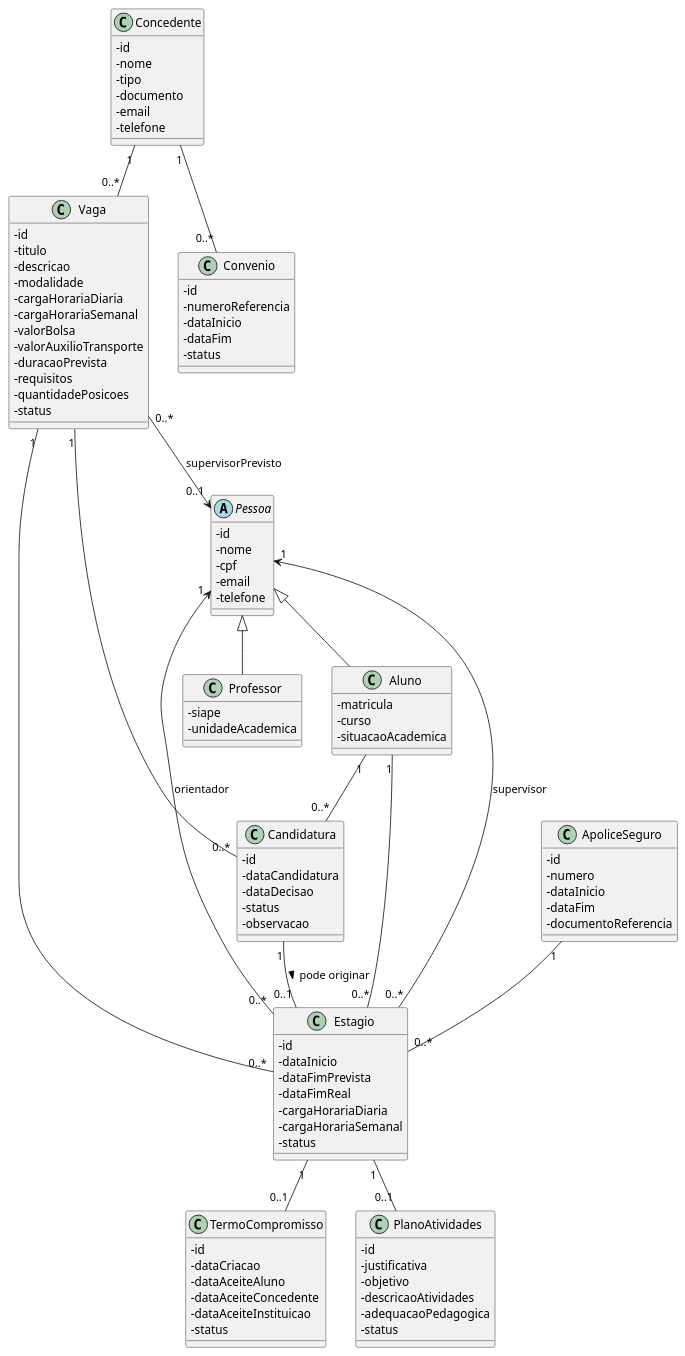
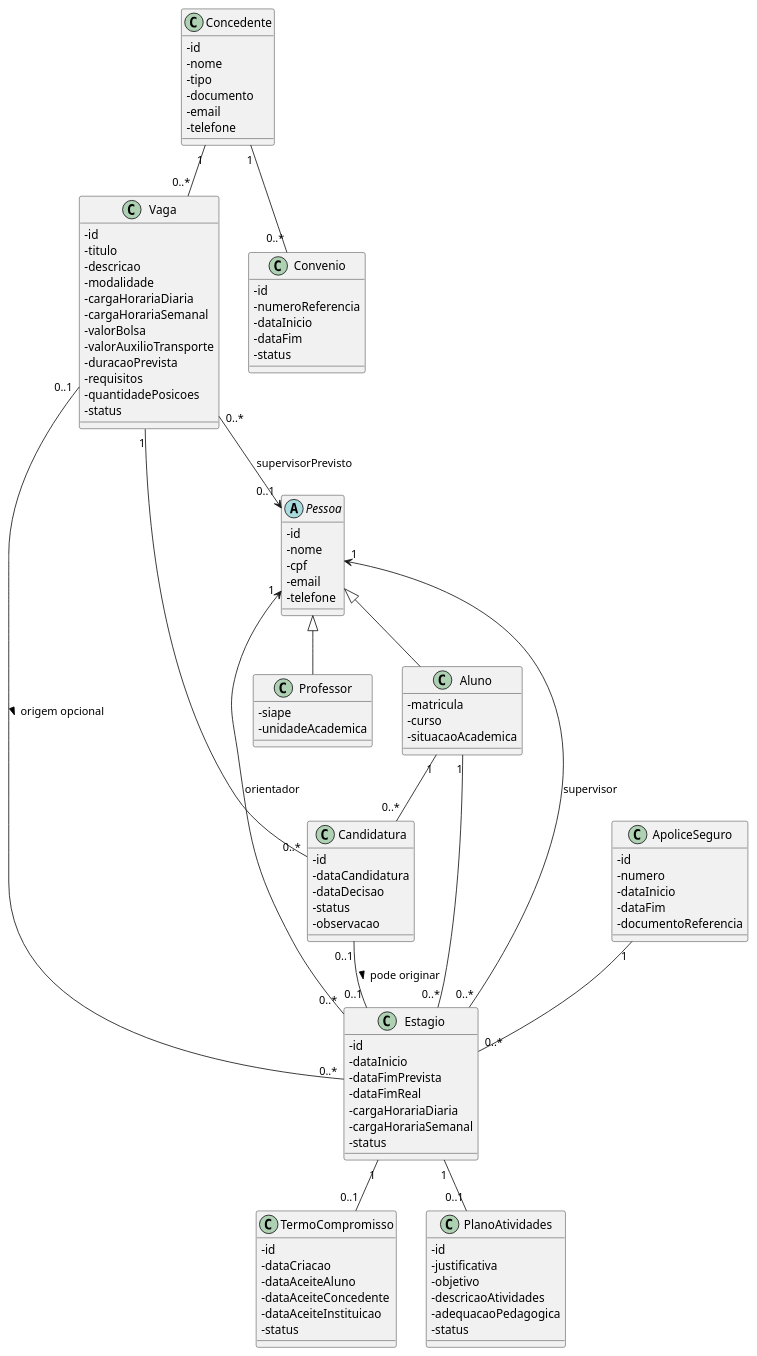
Before and after one commit to BorgesGusta/Obsidian_PROG_II_Estagio-FACSI---Modelagem-e-Sistema: the diagram in 06 - UML/dominio-v0.1.puml, drawn with PlantUML.

Commit message:
uml: torna vaga e candidatura opcionais no estagio

```diff
--- a/06 - UML/dominio-v0.1.puml
+++ b/06 - UML/dominio-v0.1.puml
@@ -1,120 +1,120 @@
 @startuml
 skinparam classAttributeIconSize 0
 
 abstract class Pessoa {
   - id
   - nome
   - cpf
   - email
   - telefone
 }
 
 class Aluno {
   - matricula
   - curso
   - situacaoAcademica
 }
 
 class Professor {
   - siape
   - unidadeAcademica
 }
 
 class Concedente {
   - id
   - nome
   - tipo
   - documento
   - email
   - telefone
 }
 
 class Convenio {
   - id
   - numeroReferencia
   - dataInicio
   - dataFim
   - status
 }
 
 class Vaga {
   - id
   - titulo
   - descricao
   - modalidade
   - cargaHorariaDiaria
   - cargaHorariaSemanal
   - valorBolsa
   - valorAuxilioTransporte
   - duracaoPrevista
   - requisitos
   - quantidadePosicoes
   - status
 }
 
 class Candidatura {
   - id
   - dataCandidatura
   - dataDecisao
   - status
   - observacao
 }
 
 class Estagio {
   - id
   - dataInicio
   - dataFimPrevista
   - dataFimReal
   - cargaHorariaDiaria
   - cargaHorariaSemanal
   - status
 }
 
 class TermoCompromisso {
   - id
   - dataCriacao
   - dataAceiteAluno
   - dataAceiteConcedente
   - dataAceiteInstituicao
   - status
 }
 
 class PlanoAtividades {
   - id
   - justificativa
   - objetivo
   - descricaoAtividades
   - adequacaoPedagogica
   - status
 }
 
 class ApoliceSeguro {
   - id
   - numero
   - dataInicio
   - dataFim
   - documentoReferencia
 }
 
 Pessoa <|-- Aluno
 Pessoa <|-- Professor
 
 Concedente "1" -- "0..*" Convenio
 Concedente "1" -- "0..*" Vaga
 Vaga "0..*" --> "0..1" Pessoa : supervisorPrevisto
 
 Aluno "1" -- "0..*" Candidatura
 Vaga "1" -- "0..*" Candidatura
 
-Candidatura "1" -- "0..1" Estagio : pode originar >
+Candidatura "0..1" -- "0..1" Estagio : pode originar >
 Aluno "1" -- "0..*" Estagio
-Vaga "1" -- "0..*" Estagio
+Vaga "0..1" -- "0..*" Estagio : origem opcional >
 
 Estagio "0..*" --> "1" Pessoa : supervisor
 Estagio "0..*" --> "1" Pessoa : orientador
 
 Estagio "1" -- "0..1" TermoCompromisso
 Estagio "1" -- "0..1" PlanoAtividades
 ApoliceSeguro "1" -- "0..*" Estagio
 
 @enduml
```
